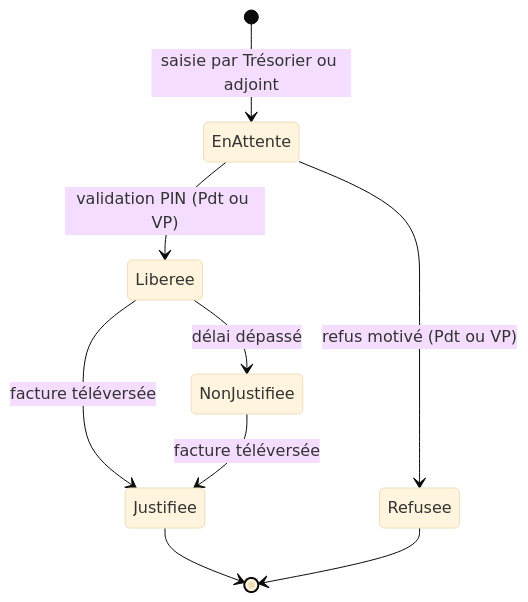
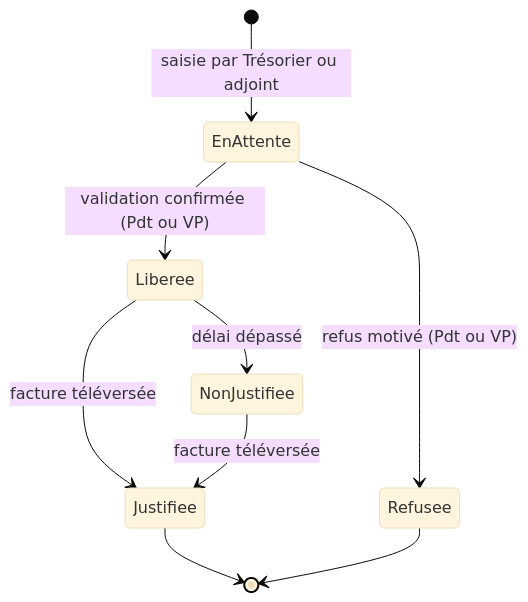
One commit to architectejo/vesta changed the third of 4 diagrams in docs/cahier-des-charges.md. Above: the diagram before and after it, drawn with Mermaid (base theme). The commit also changed other lines of this file and 568 other files, not shown here.

````diff
--- a/docs/cahier-des-charges.md
+++ b/docs/cahier-des-charges.md
@@ -530,11 +543,11 @@
 ```mermaid
 stateDiagram-v2
     [*] --> EnAttente: saisie par Trésorier ou adjoint
     EnAttente --> Refusee: refus motivé (Pdt ou VP)
-    EnAttente --> Liberee: validation PIN (Pdt ou VP)
+    EnAttente --> Liberee: validation confirmée (Pdt ou VP)
     Liberee --> Justifiee: facture téléversée
     Liberee --> NonJustifiee: délai dépassé
     NonJustifiee --> Justifiee: facture téléversée
     Justifiee --> [*]
     Refusee --> [*]
 ```
````
